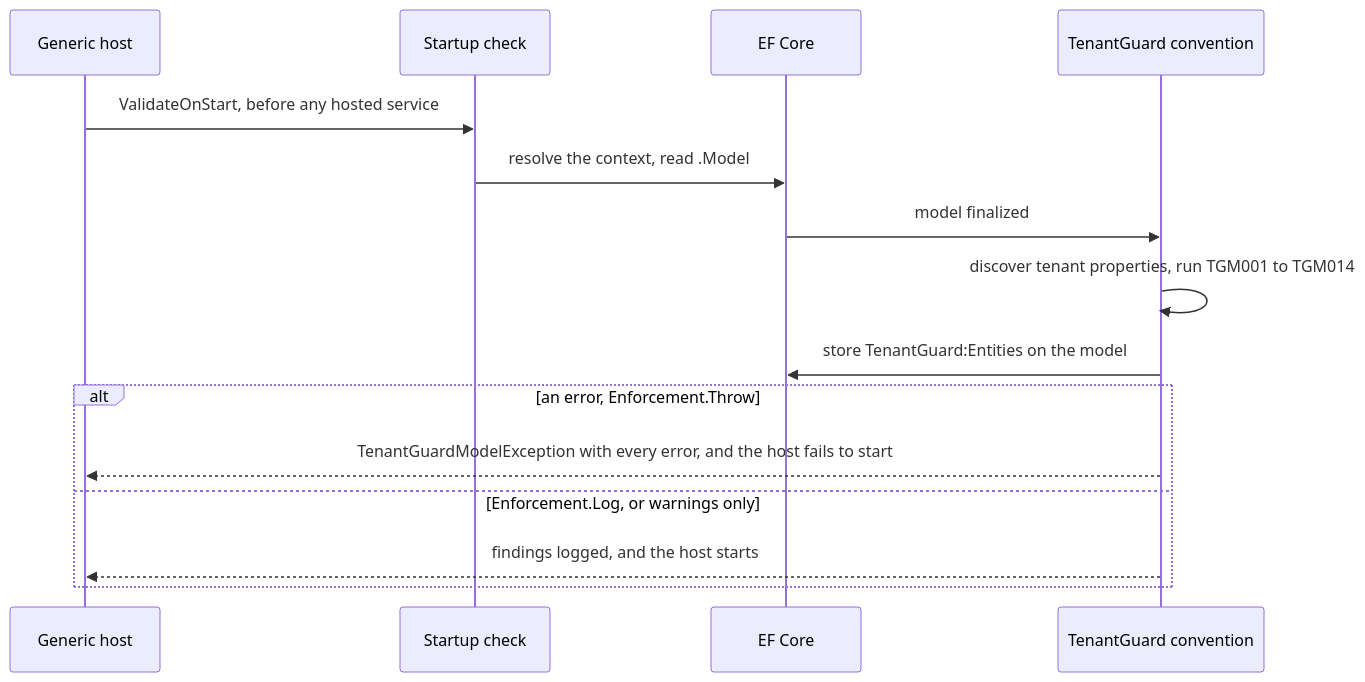
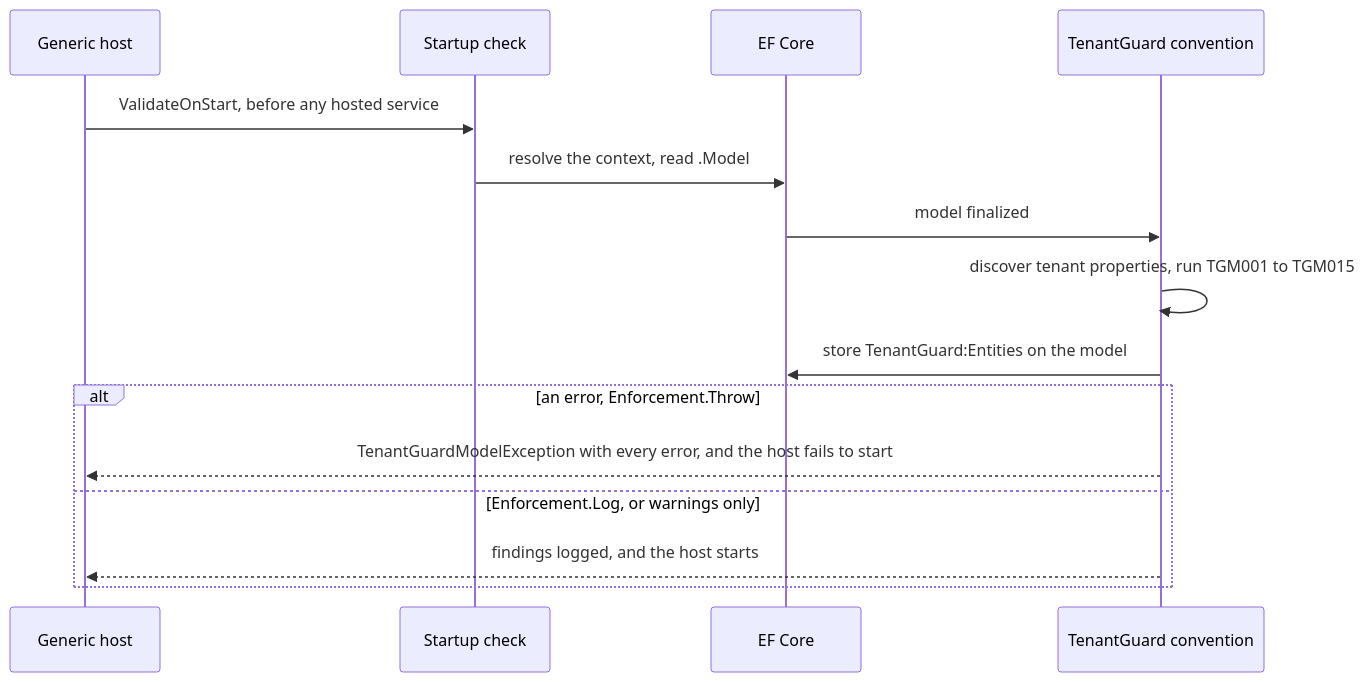
Before and after one commit to jimmykurian/tenantguard: the second of 4 diagrams in docs/architecture/flows.md, drawn with Mermaid. The commit also changed other lines of this file and 27 other files, not shown here.

First line of the commit message:
feat(model): report TGM015 for a foreign key that leaves out the tenant property (#123)

````diff
--- a/docs/architecture/flows.md
+++ b/docs/architecture/flows.md
@@ -40,17 +40,17 @@
 ```mermaid
 sequenceDiagram
     participant Host as Generic host
     participant Check as Startup check
     participant EF as EF Core
     participant Rules as TenantGuard convention
     Host->>Check: ValidateOnStart, before any hosted service
     Check->>EF: resolve the context, read .Model
     EF->>Rules: model finalized
-    Rules->>Rules: discover tenant properties, run TGM001 to TGM014
+    Rules->>Rules: discover tenant properties, run TGM001 to TGM015
     Rules->>EF: store TenantGuard:Entities on the model
     alt an error, Enforcement.Throw
         Rules-->>Host: TenantGuardModelException with every error, and the host fails to start
     else Enforcement.Log, or warnings only
         Rules-->>Host: findings logged, and the host starts
     end
 ```
````
